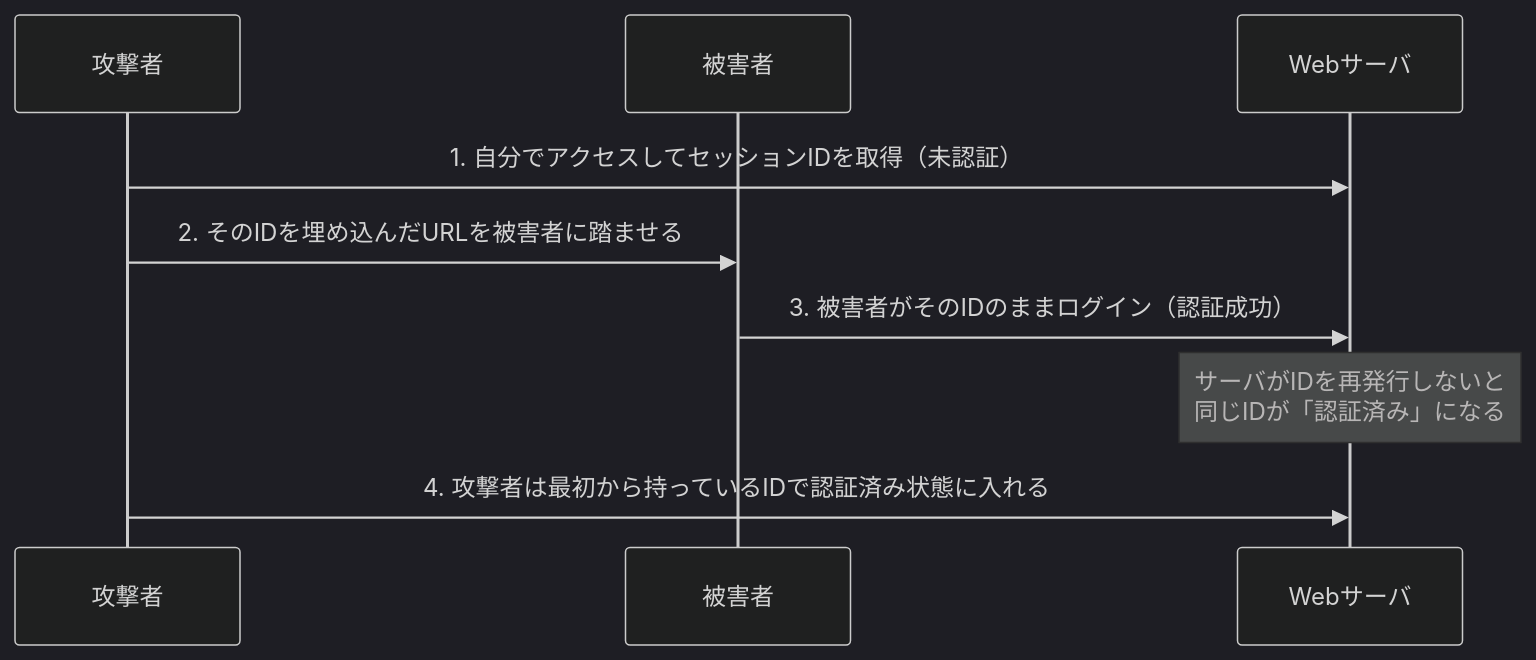
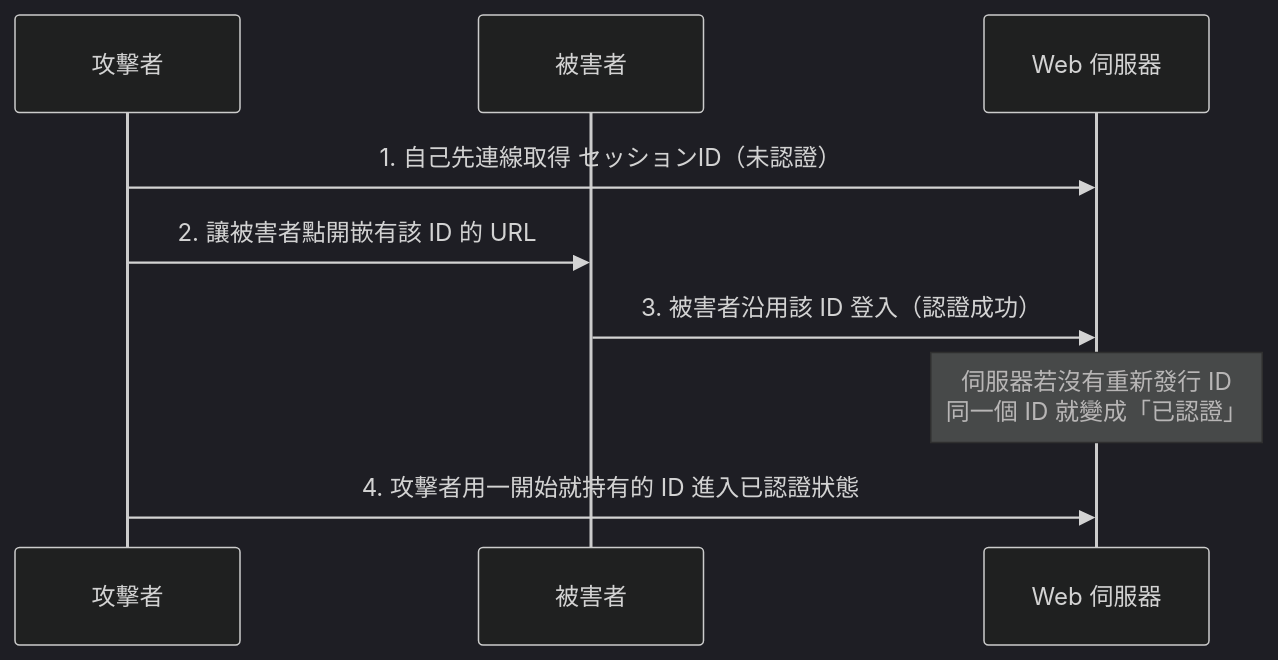
Before and after one commit to hakudevtw/cert_jp_sg: the diagram in sg-vocab/ch1-サイバー攻撃手法/1-5-なりすまし.md, drawn with Mermaid (dark theme). The commit also changed other lines of this file and 29 other files, not shown here.

````diff
--- a/sg-vocab/ch1-サイバー攻撃手法/1-5-なりすまし.md
+++ b/sg-vocab/ch1-サイバー攻撃手法/1-5-なりすまし.md
@@ -67,11 +142,11 @@
 ```mermaid
 sequenceDiagram
-    participant A as 攻撃者
+    participant A as 攻擊者
     participant V as 被害者
-    participant S as Webサーバ
-    A->>S: 1. 自分でアクセスしてセッションIDを取得（未認証）
-    A->>V: 2. そのIDを埋め込んだURLを被害者に踏ませる
-    V->>S: 3. 被害者がそのIDのままログイン（認証成功）
-    Note over S: サーバがIDを再発行しないと<br/>同じIDが「認証済み」になる
-    A->>S: 4. 攻撃者は最初から持っているIDで認証済み状態に入れる
+    participant S as Web 伺服器
+    A->>S: 1. 自己先連線取得 セッションID（未認證）
+    A->>V: 2. 讓被害者點開嵌有該 ID 的 URL
+    V->>S: 3. 被害者沿用該 ID 登入（認證成功）
+    Note over S: 伺服器若沒有重新發行 ID<br/>同一個 ID 就變成「已認證」
+    A->>S: 4. 攻擊者用一開始就持有的 ID 進入已認證狀態
 ```
````
